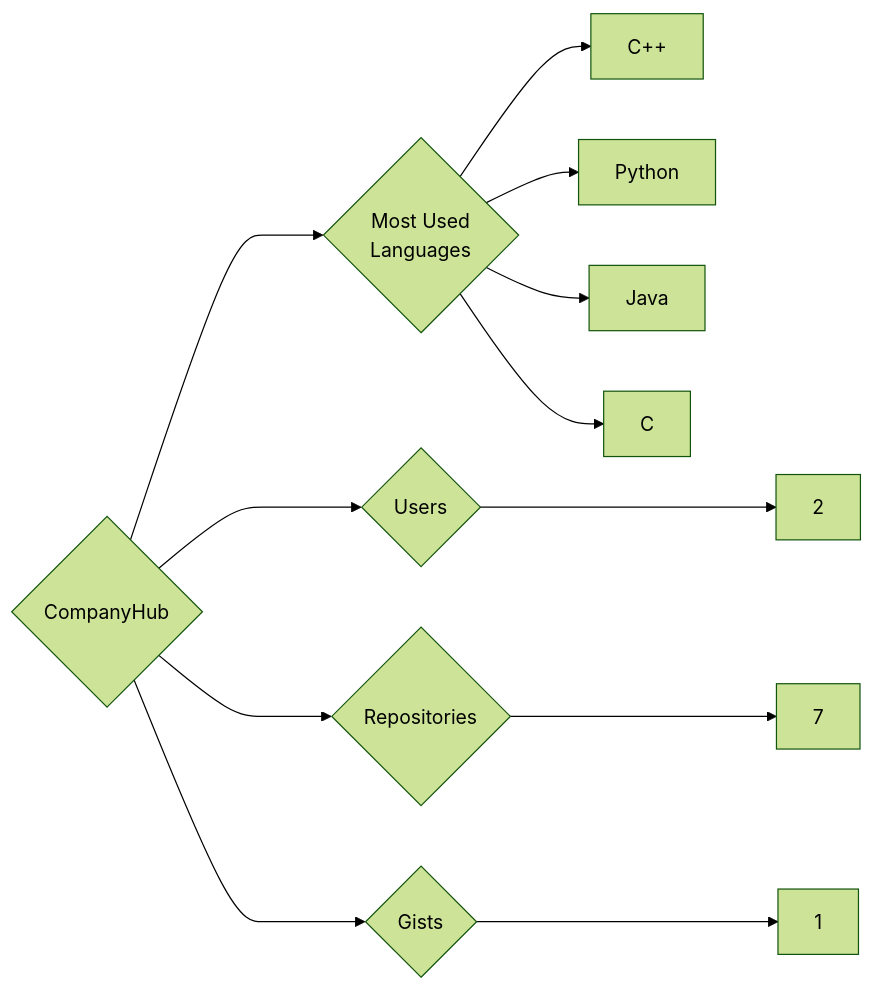
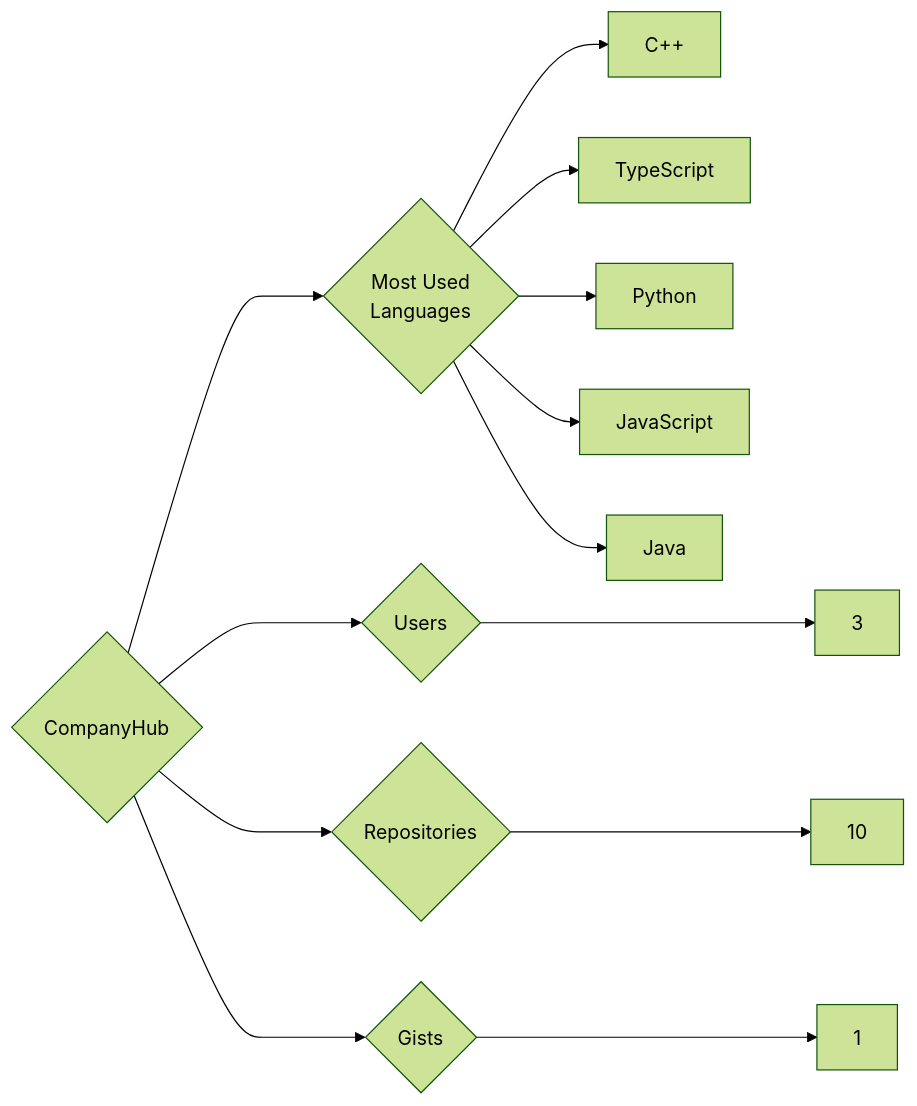
One commit to trickest/insiders changed the diagram in targets/CompanyHub/README.md. Above: the diagram before and after it, drawn with Mermaid (forest theme). The commit also changed 1030 other files, not shown here.

````diff
--- a/targets/CompanyHub/README.md
+++ b/targets/CompanyHub/README.md
@@ -3,12 +3,13 @@
 ```mermaid
 graph LR
 COMPANY_NAME{CompanyHub}
-COMPANY_NAME ---> U{Users} ---> UN[2]
-COMPANY_NAME ---> R{Repositories} ---> RN[7]
+COMPANY_NAME ---> U{Users} ---> UN[3]
+COMPANY_NAME ---> R{Repositories} ---> RN[10]
 COMPANY_NAME ---> G{Gists} ---> GN[1]
 COMPANY_NAME ---> ML{Most Used<br>Languages}
 ML --> C++[C++]
+ML --> TypeScript[TypeScript]
 ML --> Python[Python]
+ML --> JavaScript[JavaScript]
 ML --> Java[Java]
-ML --> C[C]
 ```
````
